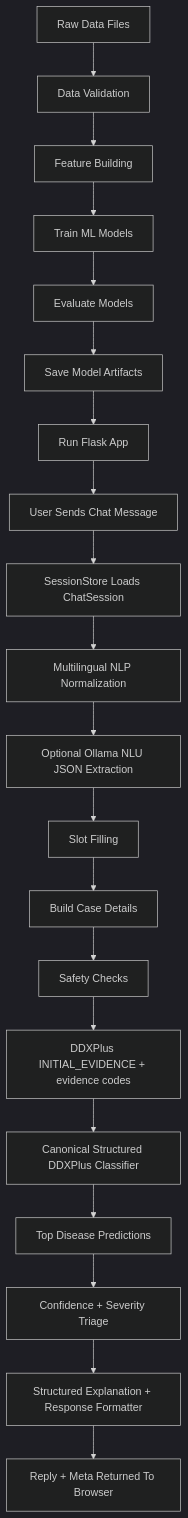
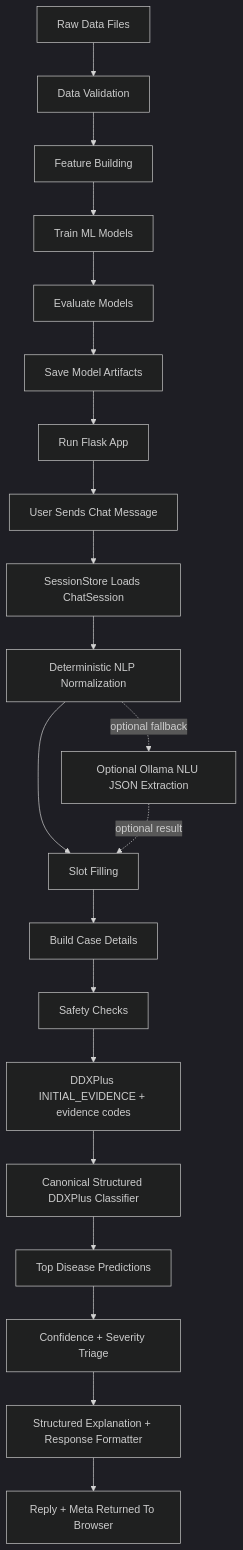
The first of 3 diagrams in docs/DATA_TO_TRAINING_TO_PREDICTION_FLOW.md (harshitjoshicmfeb26-pixel/healthbot-ai), drawn with Mermaid (dark theme) before and after one commit. The commit also changed other lines of this file and 6 other files, not shown here.

Commit message:
Align README and documentation with final verified architecture

````diff
--- a/docs/DATA_TO_TRAINING_TO_PREDICTION_FLOW.md
+++ b/docs/DATA_TO_TRAINING_TO_PREDICTION_FLOW.md
@@ -20,22 +20,23 @@
 ```mermaid
 flowchart TD
     A["Raw Data Files"] --> B["Data Validation"]
     B --> C["Feature Building"]
     C --> D["Train ML Models"]
     D --> E["Evaluate Models"]
     E --> F["Save Model Artifacts"]
     F --> G["Run Flask App"]
     G --> H["User Sends Chat Message"]
     H --> I["SessionStore Loads ChatSession"]
-    I --> J["Multilingual NLP Normalization"]
-    J --> K["Optional Ollama NLU JSON Extraction"]
-    K --> L["Slot Filling"]
+    I --> J["Deterministic NLP Normalization"]
+    J -. optional fallback .-> K["Optional Ollama NLU JSON Extraction"]
+    J --> L["Slot Filling"]
+    K -. optional result .-> L
     L --> M["Build Case Details"]
     M --> N["Safety Checks"]
     N --> O["DDXPlus INITIAL_EVIDENCE + evidence codes"]
     O --> P["Canonical Structured DDXPlus Classifier"]
     P --> Q["Top Disease Predictions"]
     Q --> R["Confidence + Severity Triage"]
     R --> S["Structured Explanation + Response Formatter"]
     S --> T["Reply + Meta Returned To Browser"]
 ```
````
